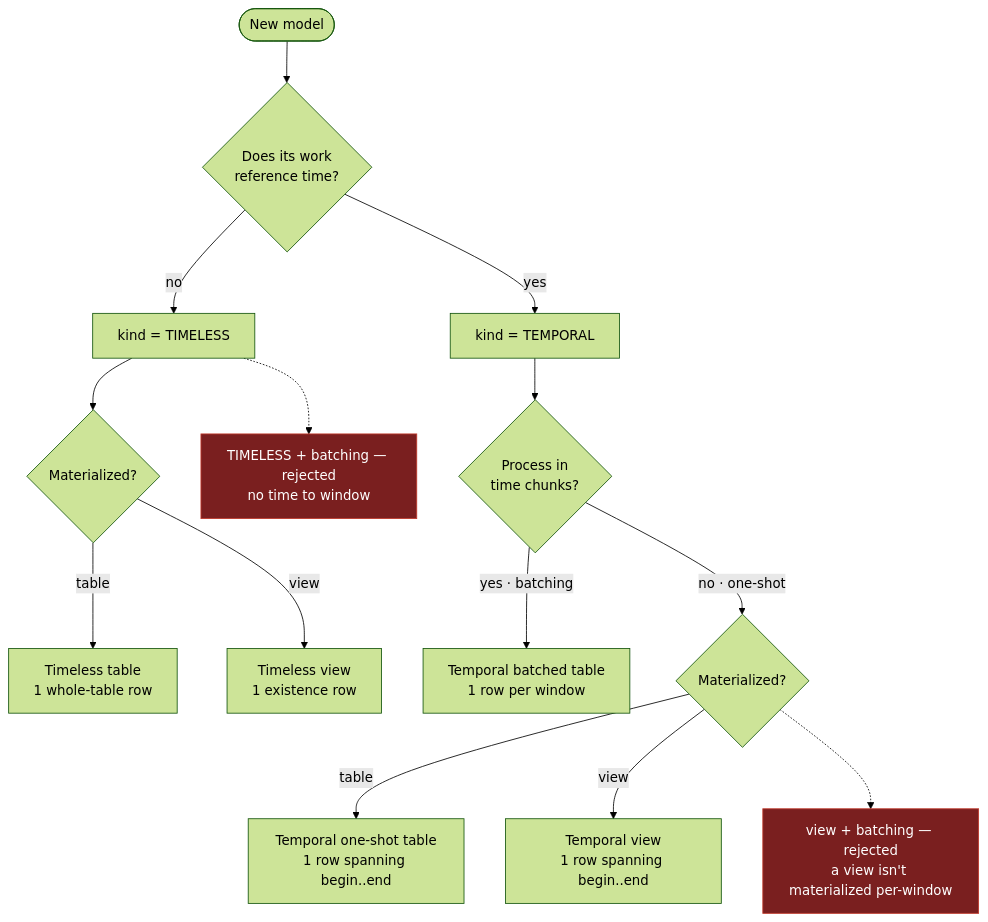
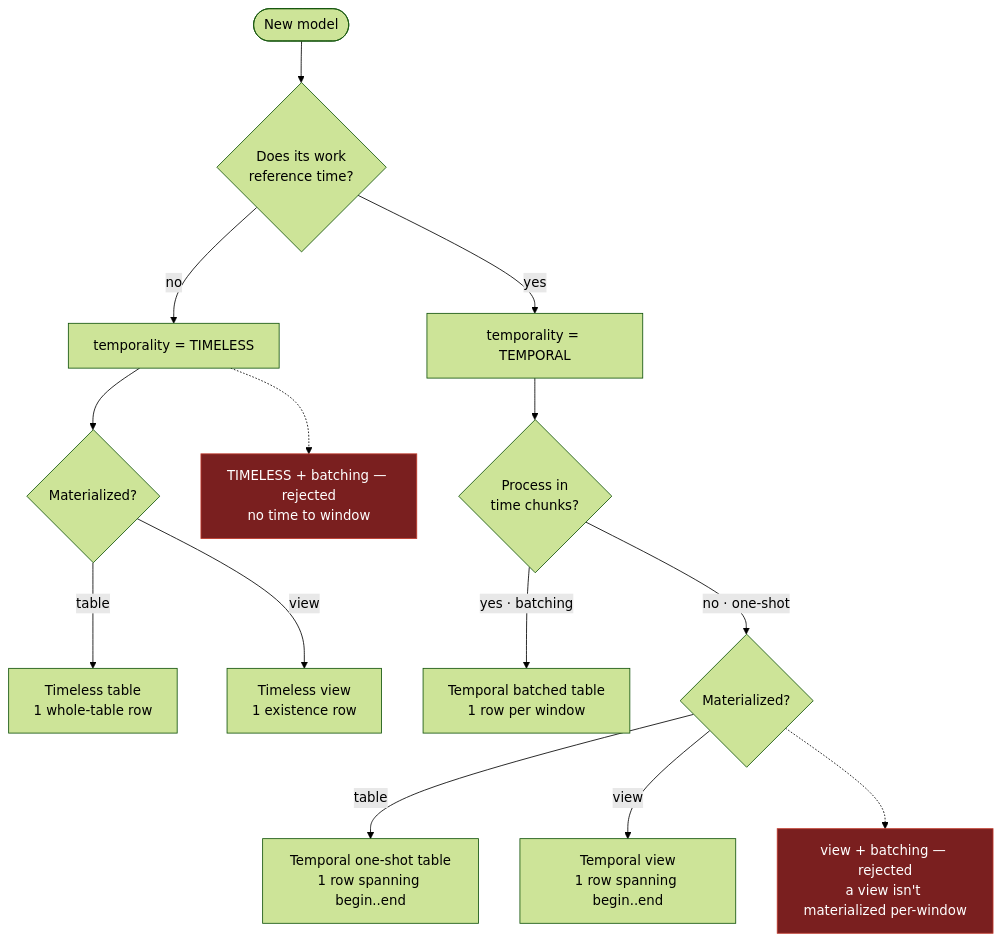
One commit to ebremstedt/bollhav changed the diagram in docs/content/KINDS.md. Above: the diagram before and after it, drawn with Mermaid (forest theme). The commit also changed other lines of this file and 44 other files, not shown here.

````diff
--- a/docs/content/KINDS.md
+++ b/docs/content/KINDS.md
@@ -50,24 +50,24 @@
 ```mermaid
 flowchart TD
     Start([New model]) --> Q1{Does its work<br/>reference time?}
 
-    Q1 -->|no| TL[kind = TIMELESS]
-    Q1 -->|yes| TP[kind = TEMPORAL]
+    Q1 -->|no| TL[temporality = TIMELESS]
+    Q1 -->|yes| TP[temporality = TEMPORAL]
 
     TL --> Q2{Materialized?}
     Q2 -->|table| T1["Timeless table<br/>1 whole-table row"]
     Q2 -->|view| V1["Timeless view<br/>1 existence row"]
 
     TP --> Q3{Process in<br/>time chunks?}
     Q3 -->|yes · batching| B1["Temporal batched table<br/>1 row per window"]
     Q3 -->|no · one-shot| Q4{Materialized?}
     Q4 -->|table| O1["Temporal one-shot table<br/>1 row spanning begin..end"]
     Q4 -->|view| O2["Temporal view<br/>1 row spanning begin..end"]
 
     X1["TIMELESS + batching — rejected<br/>no time to window"]:::bad
     X2["view + batching — rejected<br/>a view isn't materialized per-window"]:::bad
     TL -.->X1
     Q4 -.->X2
 
     classDef bad fill:#7a1f1f,stroke:#c0392b,color:#fff
 ```
````
